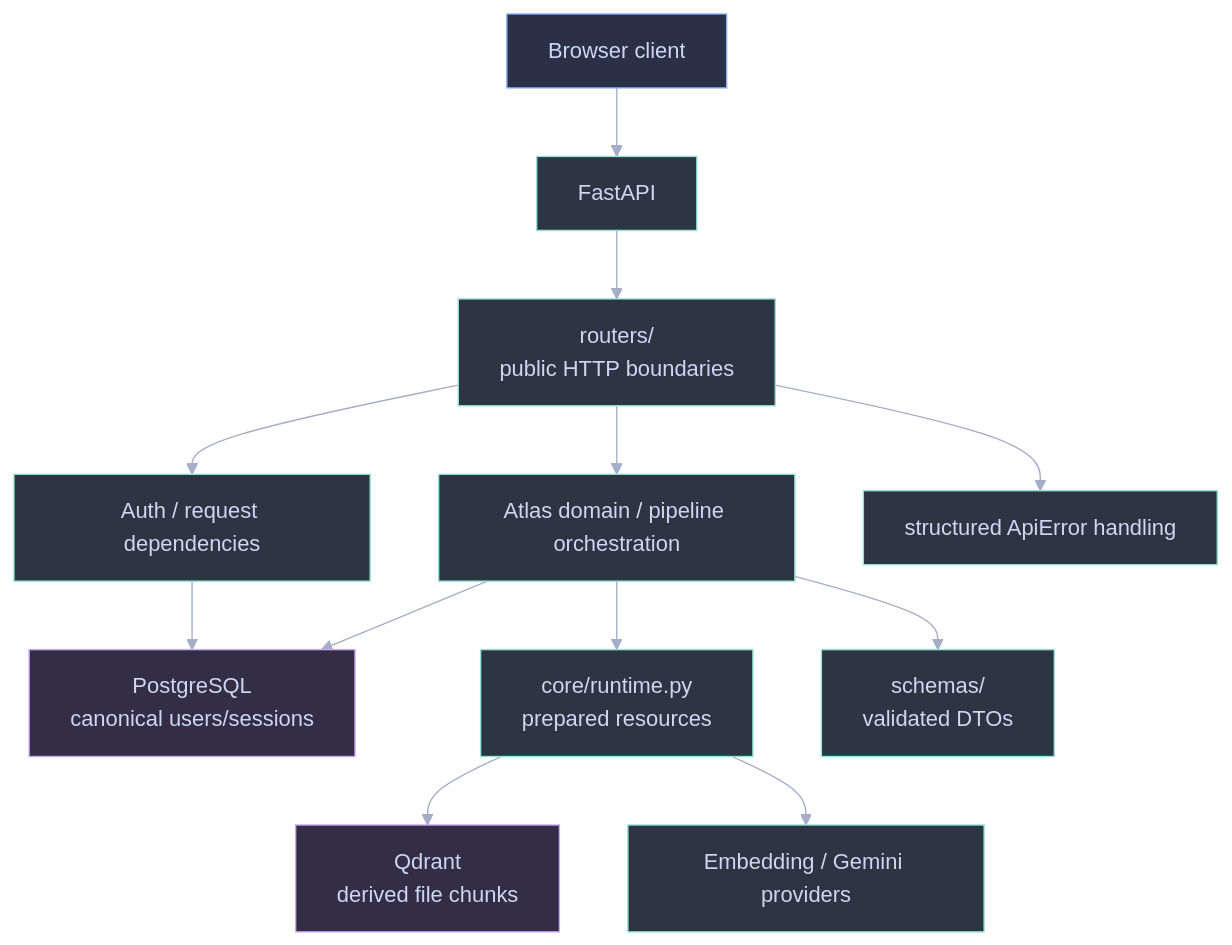
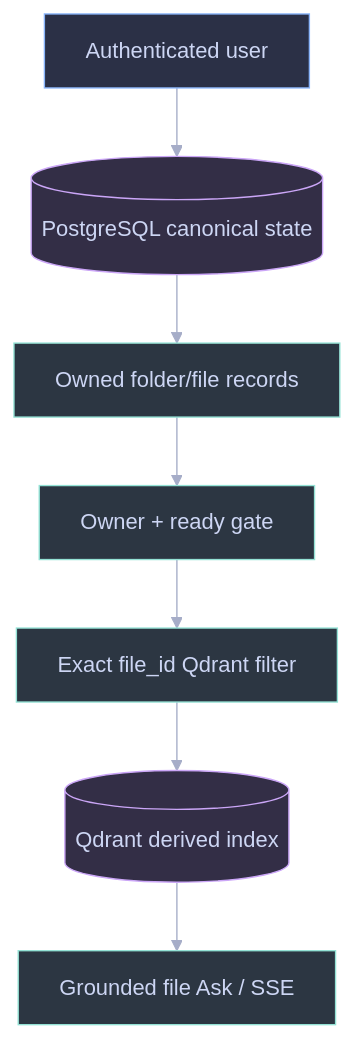
One commit to RyxnDmello/atlas changed the second of 6 diagrams in server/AGENTS.md. Above: the diagram before and after it, drawn with Mermaid. The commit also changed other lines of this file and 23 other files, not shown here.

````diff
--- a/server/AGENTS.md
+++ b/server/AGENTS.md
@@ -253,25 +182,20 @@
 ```mermaid
 %%{init: {'theme': 'base', 'themeVariables': {'background': '#1e1e2e', 'primaryColor': '#45475a', 'primaryTextColor': '#cdd6f4', 'primaryBorderColor': '#89b4fa', 'lineColor': '#a6adc8', 'secondaryColor': '#313244', 'tertiaryColor': '#181825', 'fontFamily': 'Inter, sans-serif'}}}%%
 flowchart TD
-    Client["Browser client"] --> FastAPI["FastAPI"]
-    FastAPI --> Routers["routers/<br/>public HTTP boundaries"]
-    Routers --> Auth["Auth / request dependencies"]
-    Routers --> Domain["Atlas domain / pipeline orchestration"]
-    Auth --> Postgres["PostgreSQL<br/>canonical users/sessions"]
-    Domain --> Postgres
-    Domain --> Runtime["core/runtime.py<br/>prepared resources"]
-    Runtime --> Qdrant["Qdrant<br/>derived file chunks"]
-    Runtime --> Providers["Embedding / Gemini providers"]
-    Domain --> Schemas["schemas/<br/>validated DTOs"]
-    Routers --> Errors["structured ApiError handling"]
-    class Client client;
-    class FastAPI,Routers,Auth,Domain,Runtime,Providers,Schemas,Errors service;
-    class Postgres,Qdrant storage;
+    User["Authenticated user"] --> PG[("PostgreSQL canonical state")]
+    PG --> Folder["Owned folder/file records"]
+    Folder --> Ready["Owner + ready gate"]
+    Ready --> Filter["Exact file_id Qdrant filter"]
+    Filter --> Q[("Qdrant derived index")]
+    Q --> SSE["Grounded file Ask / SSE"]
+    class User client;
+    class Folder,Ready,Filter,SSE service;
+    class PG,Q storage;
     classDef client fill:#2b3046,stroke:#89b4fa,stroke-width:1px,color:#cdd6f4;
     classDef service fill:#2c3642,stroke:#94e2d5,stroke-width:1px,color:#cdd6f4;
     classDef storage fill:#332e46,stroke:#cba6f7,stroke-width:1px,color:#cdd6f4;
     classDef verified fill:#2e363c,stroke:#a6e3a1,stroke-width:1px,color:#cdd6f4;
     classDef planned fill:#30323f,stroke:#b4befe,stroke-width:1px,color:#cdd6f4;
     classDef caution fill:#38362e,stroke:#f9e2af,stroke-width:1px,color:#cdd6f4;
     classDef denied fill:#39303d,stroke:#f38ba8,stroke-width:1px,color:#cdd6f4;
 ```
````
